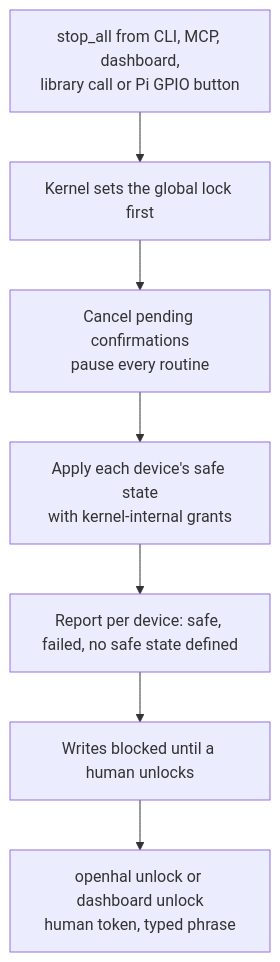
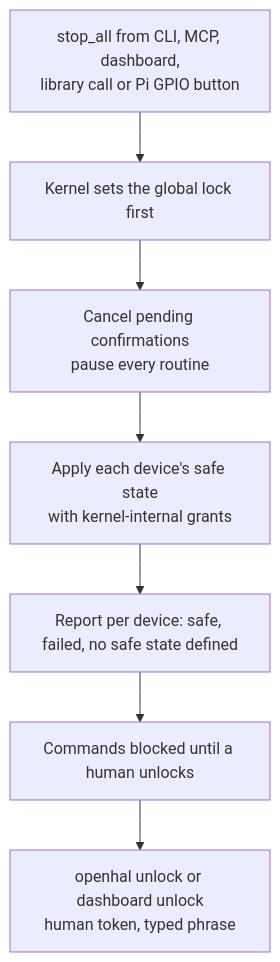
The seventh of 7 diagrams in docs/ARCHITECTURE.md (sohan-bhat/OpenHAL), drawn with Mermaid before and after one commit. The commit also changed other lines of this file and 5 other files, not shown here.

First line of the commit message:
docs: use the plant waterer in the architecture, interface and conformance pages

````diff
--- a/docs/ARCHITECTURE.md
+++ b/docs/ARCHITECTURE.md
@@ -203,9 +203,9 @@
 ```mermaid
 flowchart TD
   STOP["stop_all from CLI, MCP, dashboard,<br/>library call or Pi GPIO button"] --> LOCK[Kernel sets the global lock first]
   LOCK --> CANCEL[Cancel pending confirmations<br/>pause every routine]
   CANCEL --> SAFE[Apply each device's safe state<br/>with kernel-internal grants]
   SAFE --> REPORT[Report per device: safe, failed, no safe state defined]
-  REPORT --> LOCKED[Writes blocked until a human unlocks]
+  REPORT --> LOCKED[Commands blocked until a human unlocks]
   LOCKED --> UNLOCK[openhal unlock or dashboard unlock<br/>human token, typed phrase]
 ```
````
